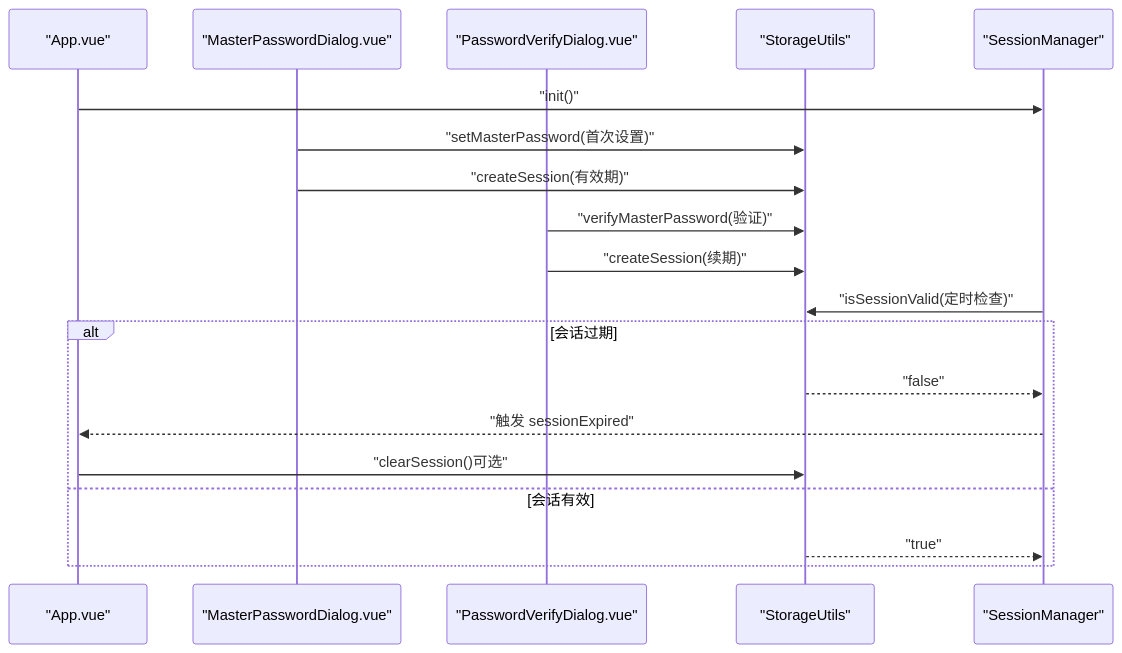
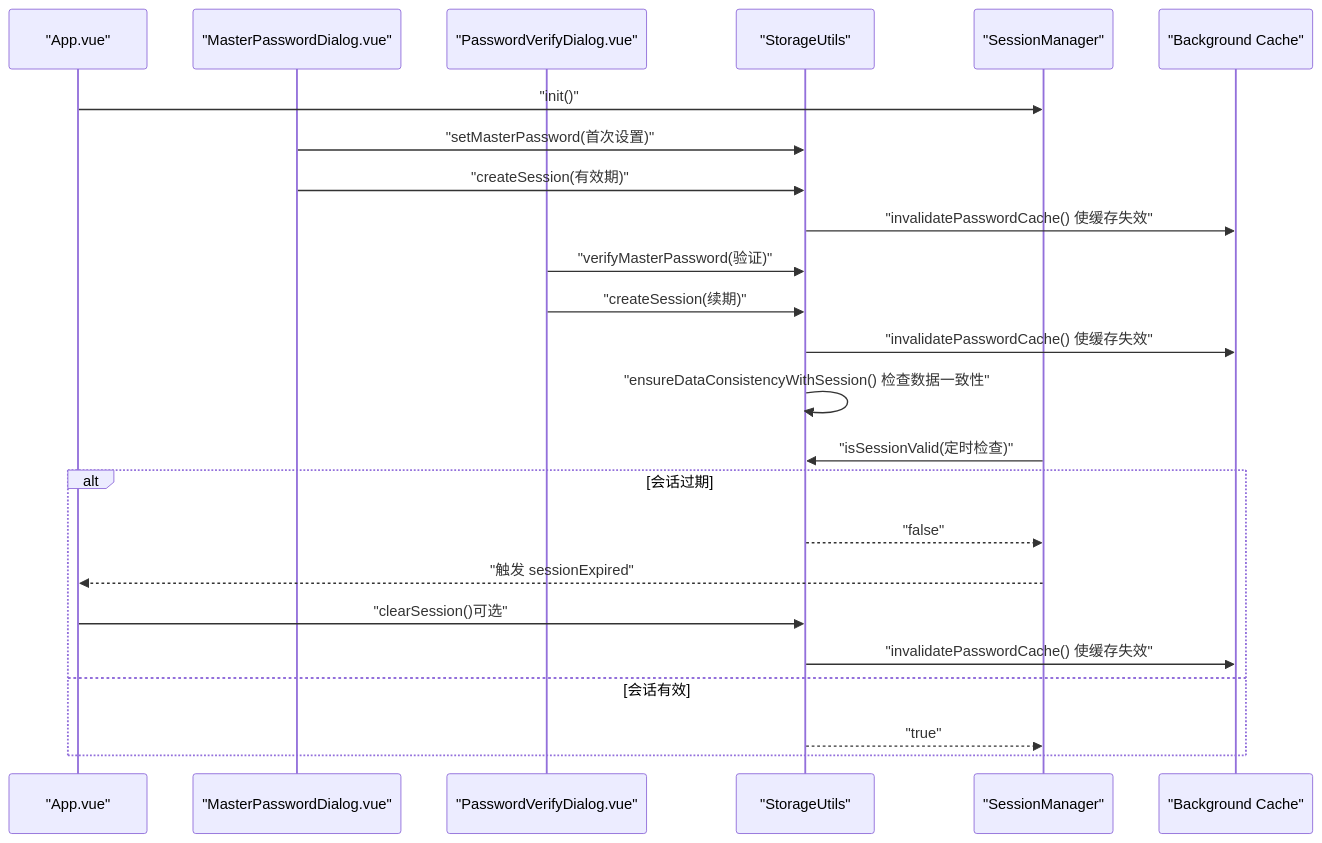
One commit to liaolongdong/account-password-helper changed diagram 12 of 19 in .qoder/repowiki/zh/content/核心模块/会话管理.md. Above: the diagram before and after it, drawn with Mermaid. The commit also changed other lines of this file and 23 other files, not shown here.

````diff
--- a/.qoder/repowiki/zh/content/核心模块/会话管理.md
+++ b/.qoder/repowiki/zh/content/核心模块/会话管理.md
@@ -224,21 +482,26 @@
 ```mermaid
 sequenceDiagram
 participant App as "App.vue"
 participant MPD as "MasterPasswordDialog.vue"
 participant PVD as "PasswordVerifyDialog.vue"
 participant SU as "StorageUtils"
 participant SM as "SessionManager"
+participant BG as "Background Cache"
 App->>SM : "init()"
 MPD->>SU : "setMasterPassword(首次设置)"
 MPD->>SU : "createSession(有效期)"
+SU->>BG : "invalidatePasswordCache() 使缓存失效"
 PVD->>SU : "verifyMasterPassword(验证)"
 PVD->>SU : "createSession(续期)"
+SU->>BG : "invalidatePasswordCache() 使缓存失效"
+SU->>SU : "ensureDataConsistencyWithSession() 检查数据一致性"
 SM->>SU : "isSessionValid(定时检查)"
 alt 会话过期
 SU-->>SM : "false"
 SM-->>App : "触发 sessionExpired"
 App->>SU : "clearSession()可选"
+SU->>BG : "invalidatePasswordCache() 使缓存失效"
 else 会话有效
 SU-->>SM : "true"
 end
 ```
````
